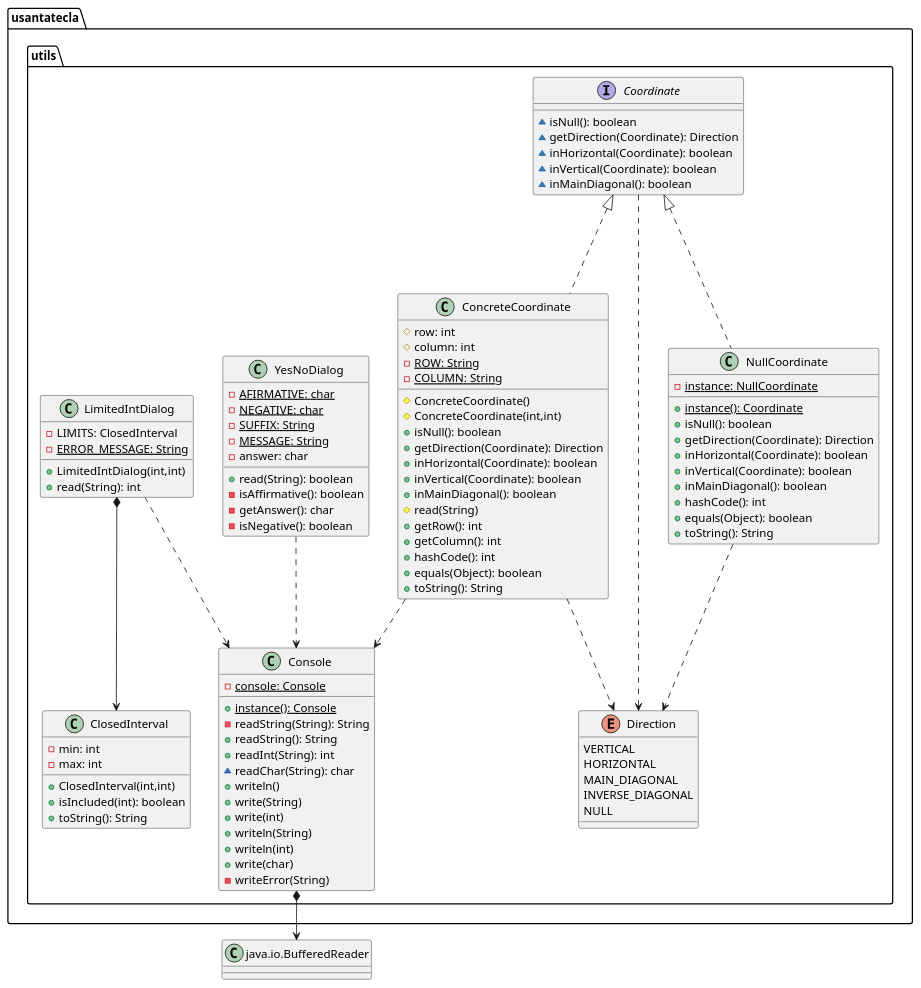
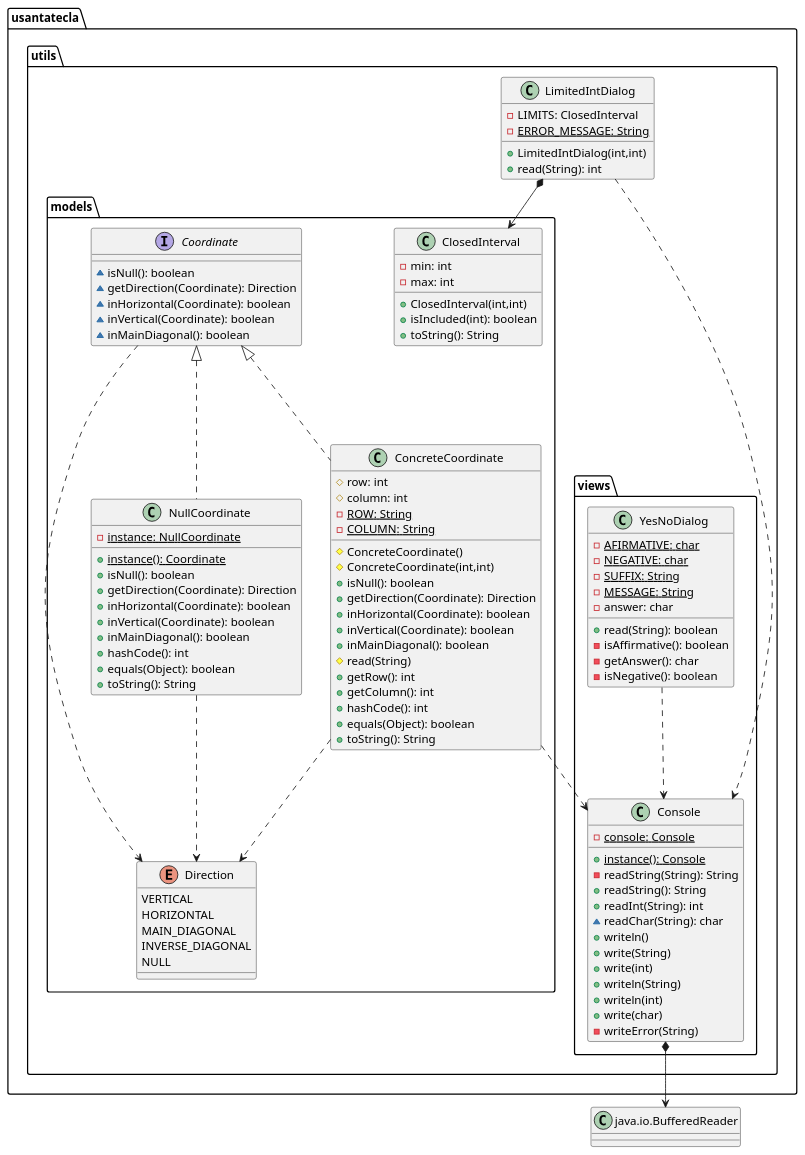
The fifth of 5 diagrams in documentView/console/docs/diagrams/src/paquetes.plantuml (Jolucaa/USantaTecla-project-ticTacToe), drawn with PlantUML before and after one commit. The commit also changed 54 other files, not shown here.

Commit message:
[dv.console] Added prototype + utils views

```diff
--- a/documentView/console/docs/diagrams/src/paquetes.plantuml
+++ b/documentView/console/docs/diagrams/src/paquetes.plantuml
@@ -243,109 +243,109 @@
 @startuml tictactoe.utils
 class BufferedReader as "java.io.BufferedReader"{}
 
-class  usantatecla.utils.ClosedInterval{
+class  usantatecla.utils.models.ClosedInterval{
   - min: int
   - max: int
   + ClosedInterval(int,int)
   + isIncluded(int): boolean
   + toString(): String
 }
 
-class usantatecla.utils.ConcreteCoordinate{
+class usantatecla.utils.models.ConcreteCoordinate{
   # row: int
   # column: int
   - {static} ROW: String
   - {static} COLUMN: String
   # ConcreteCoordinate()
   # ConcreteCoordinate(int,int)
   + isNull(): boolean
   + getDirection(Coordinate): Direction
   + inHorizontal(Coordinate): boolean
   + inVertical(Coordinate): boolean
   + inMainDiagonal(): boolean
   # read(String)
   + getRow(): int
   + getColumn(): int
   + hashCode(): int
   + equals(Object): boolean
   + toString(): String
 }
 
-usantatecla.utils.Coordinate <|..down- usantatecla.utils.ConcreteCoordinate
-usantatecla.utils.ConcreteCoordinate ..> usantatecla.utils.Direction
-usantatecla.utils.ConcreteCoordinate ..> usantatecla.utils.Console
+usantatecla.utils.models.Coordinate <|..down- usantatecla.utils.models.ConcreteCoordinate
+usantatecla.utils.models.ConcreteCoordinate ..> usantatecla.utils.models.Direction
+usantatecla.utils.models.ConcreteCoordinate ..> usantatecla.utils.views.Console
 
 
-class usantatecla.utils.Console{
+class usantatecla.utils.views.Console{
   - {static} console: Console
   + {static} instance(): Console
   - readString(String): String
   + readString(): String
   + readInt(String): int
   ~ readChar(String): char
   + writeln()
   + write(String)
   + write(int)
   + writeln(String)
   + writeln(int)
   + write(char)
   - writeError(String)
 }
-usantatecla.utils.Console *-down-> BufferedReader
+usantatecla.utils.views.Console *-down-> BufferedReader
 
-interface usantatecla.utils.Coordinate{
+interface usantatecla.utils.models.Coordinate{
   ~ isNull(): boolean
   ~ getDirection(Coordinate): Direction
   ~ inHorizontal(Coordinate): boolean
   ~ inVertical(Coordinate): boolean
   ~ inMainDiagonal(): boolean
 }
-usantatecla.utils.Coordinate ..> usantatecla.utils.Direction
+usantatecla.utils.models.Coordinate ..> usantatecla.utils.models.Direction
 
-enum usantatecla.utils.Direction{
+enum usantatecla.utils.models.Direction{
   VERTICAL
   HORIZONTAL
   MAIN_DIAGONAL
   INVERSE_DIAGONAL
   NULL
 }
 
 class usantatecla.utils.LimitedIntDialog{
   - LIMITS: ClosedInterval
   - {static} ERROR_MESSAGE: String
   + LimitedIntDialog(int,int)
   + read(String): int
 }
 
-usantatecla.utils.LimitedIntDialog *-down-> usantatecla.utils.ClosedInterval
-usantatecla.utils.LimitedIntDialog ..> usantatecla.utils.Console
+usantatecla.utils.LimitedIntDialog *-down-> usantatecla.utils.models.ClosedInterval
+usantatecla.utils.LimitedIntDialog ..> usantatecla.utils.views.Console
 
-class usantatecla.utils.NullCoordinate{
+class usantatecla.utils.models.NullCoordinate{
   - {static} instance: NullCoordinate
   + {static} instance(): Coordinate
   + isNull(): boolean
   + getDirection(Coordinate): Direction
   + inHorizontal(Coordinate): boolean
   + inVertical(Coordinate): boolean
   + inMainDiagonal(): boolean
   + hashCode(): int
   + equals(Object): boolean
   + toString(): String
 }
-usantatecla.utils.Coordinate <|..down- usantatecla.utils.NullCoordinate
-usantatecla.utils.NullCoordinate ..> usantatecla.utils.Direction
+usantatecla.utils.models.Coordinate <|..down- usantatecla.utils.models.NullCoordinate
+usantatecla.utils.models.NullCoordinate ..> usantatecla.utils.models.Direction
 
-class usantatecla.utils.YesNoDialog{
+class usantatecla.utils.views.YesNoDialog{
   - {static} AFIRMATIVE: char
   - {static} NEGATIVE: char
   - {static} SUFFIX: String
   - {static} MESSAGE: String
   - answer: char
   + read(String): boolean
   - isAffirmative(): boolean
   - getAnswer(): char
   - isNegative(): boolean
 }
-usantatecla.utils.YesNoDialog ..> usantatecla.utils.Console
+usantatecla.utils.views.YesNoDialog ..> usantatecla.utils.views.Console
 
 @enduml
```
